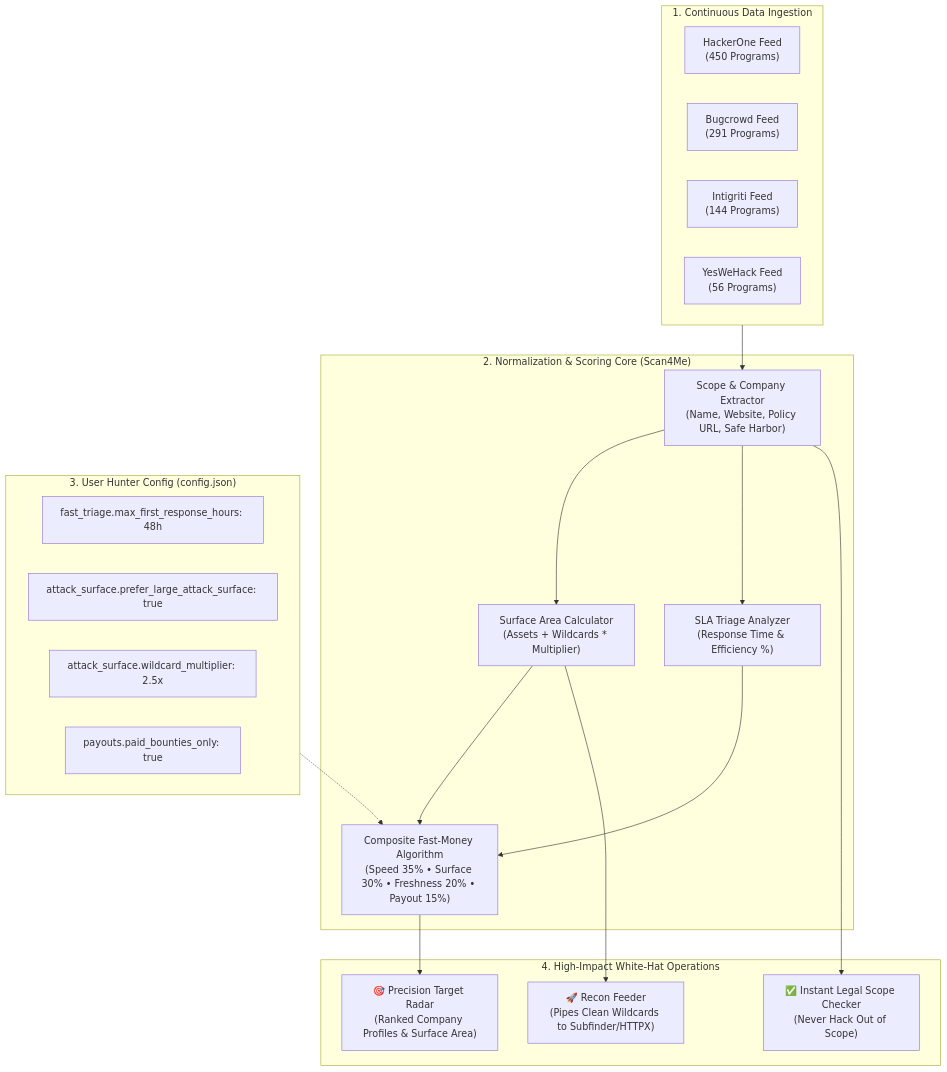
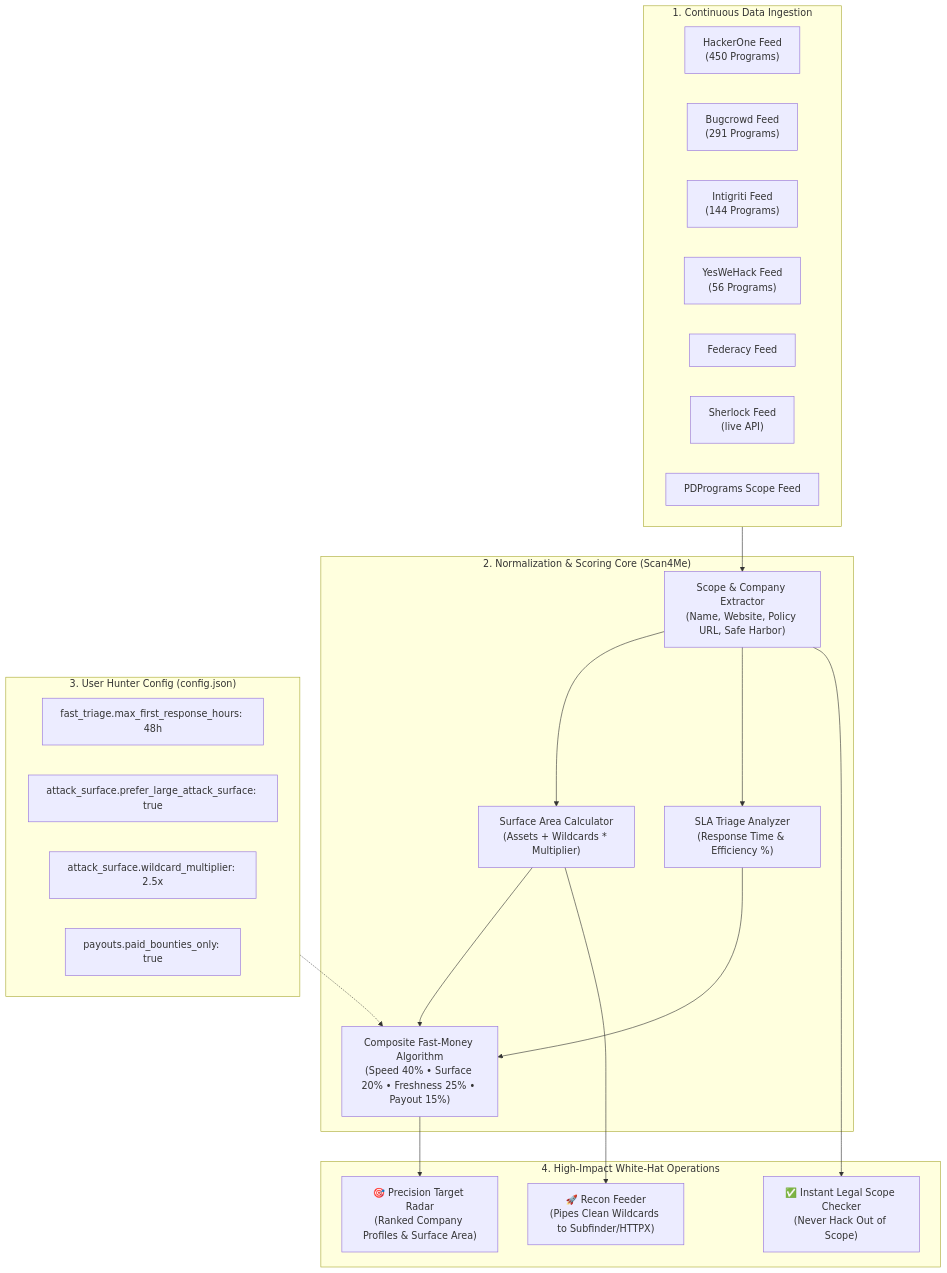
Before and after one commit to code-hunter-extreme/Scan4Me: the diagram in README.md, drawn with Mermaid. The commit also changed other lines of this file, not shown here.

Commit message:
P3: doc hygiene (dedup/weights/feeds/terms)

````diff
--- a/README.md
+++ b/README.md
@@ -15,39 +15,42 @@
 ```mermaid
 flowchart TD
     subgraph DATA_SOURCES["1. Continuous Data Ingestion"]
         H1["HackerOne Feed\n(450 Programs)"]
         BC["Bugcrowd Feed\n(291 Programs)"]
         INTI["Intigriti Feed\n(144 Programs)"]
         YWH["YesWeHack Feed\n(56 Programs)"]
+        FED["Federacy Feed"]
+        SHER["Sherlock Feed\n(live API)"]
+        PD["PDPrograms Scope Feed"]
     end
 
     subgraph ENGINE["2. Normalization & Scoring Core (Scan4Me)"]
         PARSE["Scope & Company Extractor\n(Name, Website, Policy URL, Safe Harbor)"]
         SURFACE["Surface Area Calculator\n(Assets + Wildcards * Multiplier)"]
         TRIAGE["SLA Triage Analyzer\n(Response Time & Efficiency %)"]
-        SCORE["Composite Fast-Money Algorithm\n(Speed 35% • Surface 30% • Freshness 20% • Payout 15%)"]
+        SCORE["Composite Fast-Money Algorithm\n(Speed 40% • Surface 20% • Freshness 25% • Payout 15%)"]
     end
 
     subgraph CONFIG["3. User Hunter Config (config.json)"]
         CFG_SPEED["fast_triage.max_first_response_hours: 48h"]
         CFG_SURF["attack_surface.prefer_large_attack_surface: true"]
         CFG_WILD["attack_surface.wildcard_multiplier: 2.5x"]
         CFG_PAID["payouts.paid_bounties_only: true"]
     end
 
     subgraph OUTPUT["4. High-Impact White-Hat Operations"]
         RADAR["🎯 Precision Target Radar\n(Ranked Company Profiles & Surface Area)"]
         CHECK["✅ Instant Legal Scope Checker\n(Never Hack Out of Scope)"]
         EXPORT["🚀 Recon Feeder\n(Pipes Clean Wildcards to Subfinder/HTTPX)"]
     end
 
     DATA_SOURCES --> PARSE
     PARSE --> SURFACE
     PARSE --> TRIAGE
     CONFIG -.-> SCORE
     SURFACE --> SCORE
     TRIAGE --> SCORE
     SCORE --> RADAR
     PARSE --> CHECK
     SURFACE --> EXPORT
 ```
````
